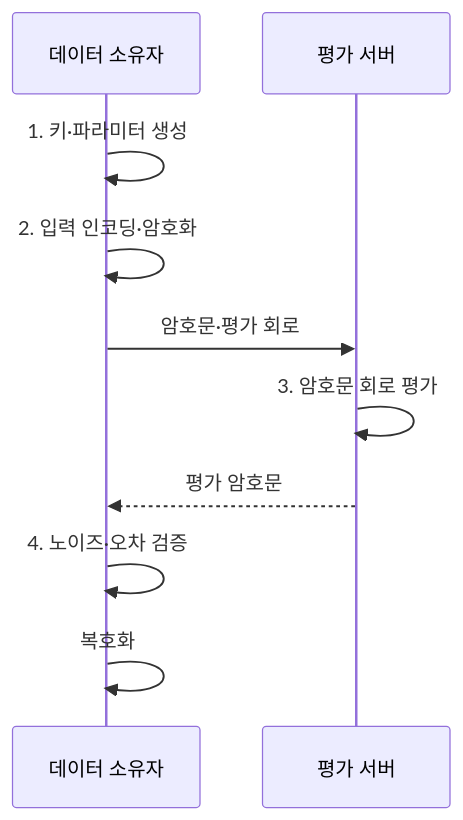
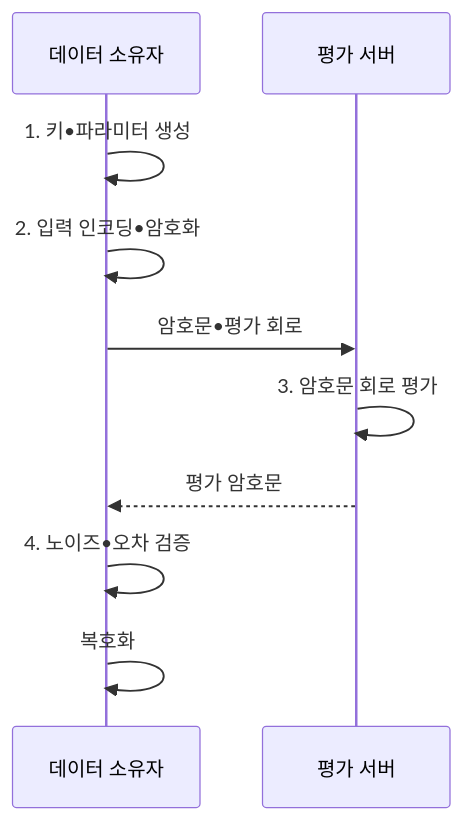
Before and after one commit to agnusdei1207/knowledge-base: the second of 2 diagrams in src/content/docs/notes/05-security/015_homomorphic_encryption.md, drawn with Mermaid. The commit also changed other lines of this file and 953 other files, not shown here.

````diff
--- a/src/content/docs/notes/05-security/015_homomorphic_encryption.md
+++ b/src/content/docs/notes/05-security/015_homomorphic_encryption.md
@@ -103,12 +103,12 @@
 ```mermaid
 sequenceDiagram
     participant O as 데이터 소유자
     participant E as 평가 서버
-    O->>O: 1. 키·파라미터 생성
-    O->>O: 2. 입력 인코딩·암호화
-    O->>E: 암호문·평가 회로
+    O->>O: 1. 키•파라미터 생성
+    O->>O: 2. 입력 인코딩•암호화
+    O->>E: 암호문•평가 회로
     E->>E: 3. 암호문 회로 평가
     E-->>O: 평가 암호문
-    O->>O: 4. 노이즈·오차 검증
+    O->>O: 4. 노이즈•오차 검증
     O->>O: 복호화
 ```
````
